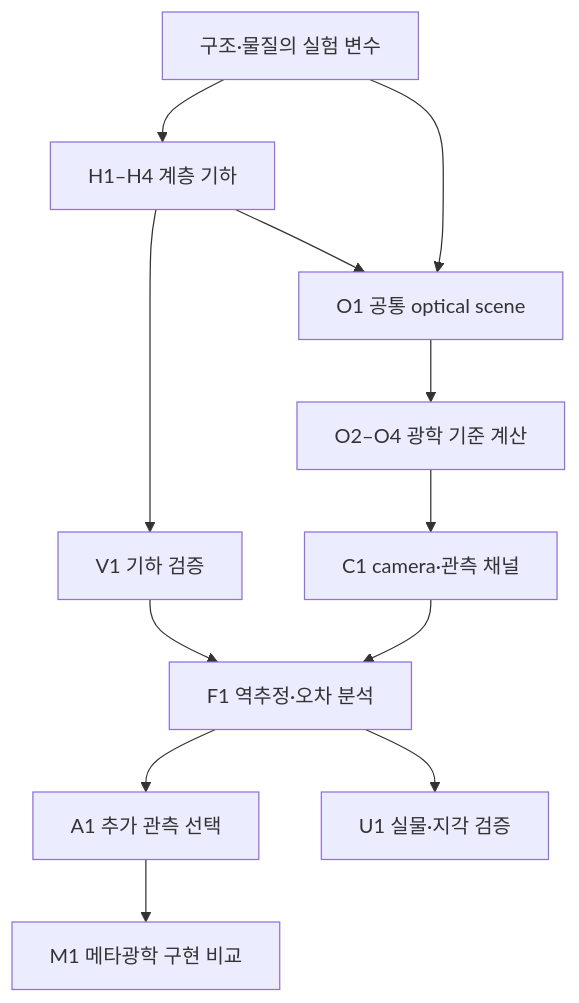
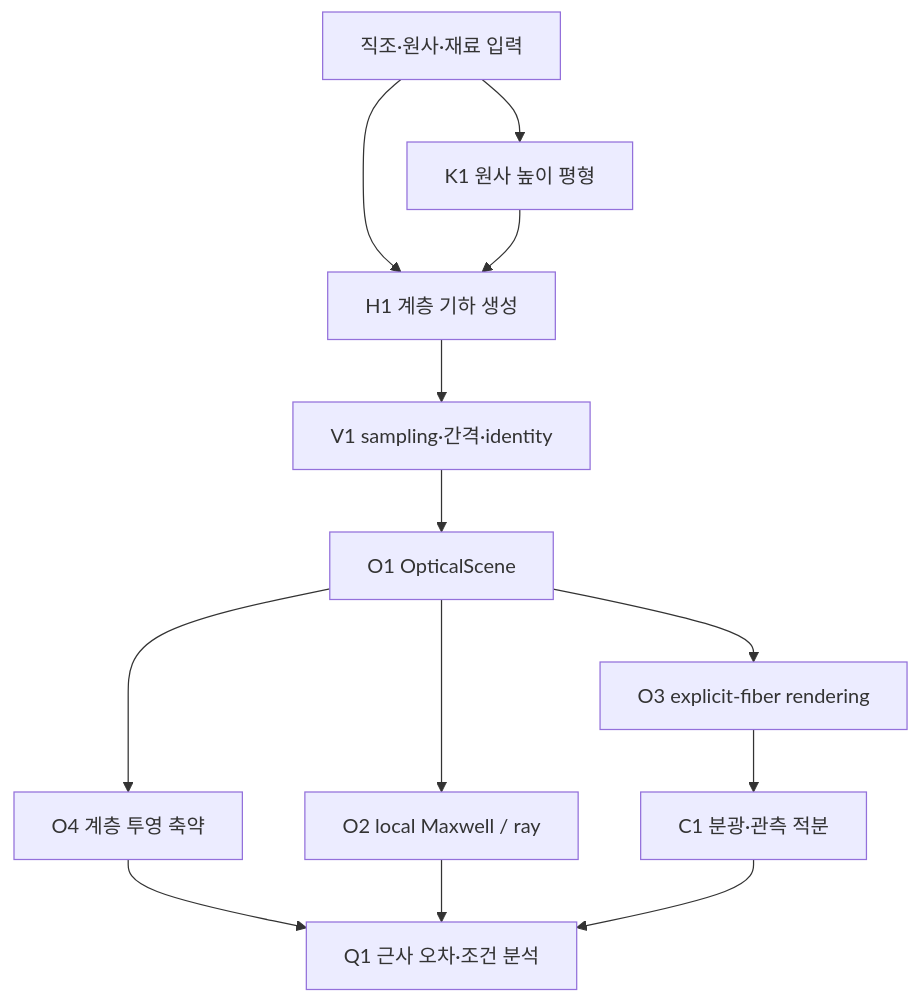
One commit to oparis145/textile-appearance-research- changed the first of 2 diagrams in docs/RESEARCH_DESIGN_KO.md. Above: the diagram before and after it, drawn with Mermaid. The commit also changed other lines of this file and 14 other files, not shown here.

````diff
--- a/docs/RESEARCH_DESIGN_KO.md
+++ b/docs/RESEARCH_DESIGN_KO.md
@@ -44,14 +58,15 @@
 ```mermaid
 flowchart TD
-    P["구조·물질의 실험 변수"] --> G["H1–H4 계층 기하"]
-    G --> V["V1 기하 검증"]
-    G --> O["O1 공통 optical scene"]
-    P --> O
-    O --> R["O2–O4 광학 기준 계산"]
-    R --> C["C1 camera·관측 채널"]
-    C --> F["F1 역추정·오차 분석"]
-    V --> F
-    F --> A["A1 추가 관측 선택"]
-    A --> M["M1 메타광학 구현 비교"]
-    F --> U["U1 실물·지각 검증"]
+    I["직조·원사·재료 입력"] --> H["H1 계층 기하 생성"]
+    I --> K["K1 원사 높이 평형"]
+    K --> H
+    H --> V["V1 sampling·간격·identity"]
+    V --> O["O1 OpticalScene"]
+    O --> W["O2 local Maxwell / ray"]
+    O --> R["O3 explicit-fiber rendering"]
+    O --> A["O4 계층 투영 축약"]
+    R --> C["C1 분광·관측 적분"]
+    A --> Q["Q1 근사 오차·조건 분석"]
+    W --> Q
+    C --> Q
 ```
````
